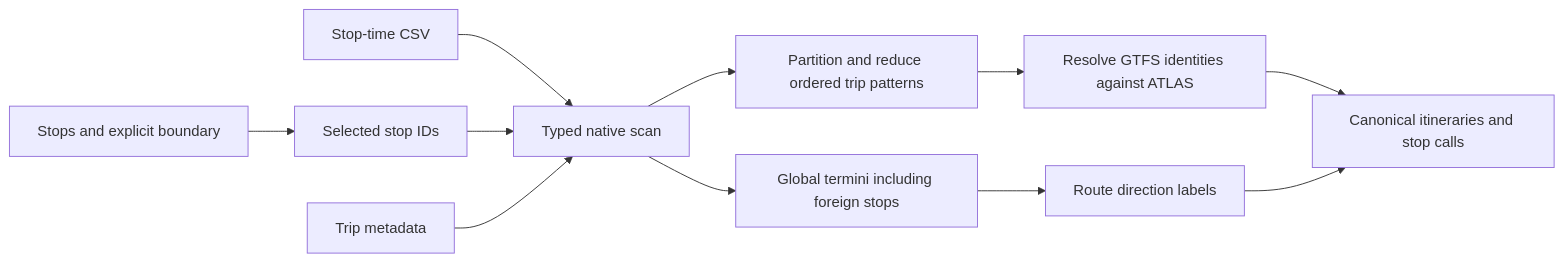
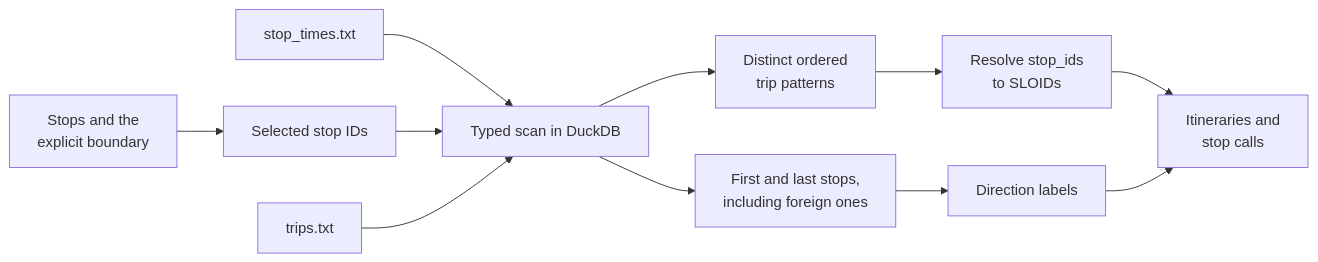
One commit to openTdataCH/osm-public-transport-matcher changed the second of 2 diagrams in documentation/1.2 GTFS ATLAS data.md. Above: the diagram before and after it, drawn with Mermaid. The commit also changed other lines of this file and 31 other files, not shown here.

````diff
--- a/documentation/1.2 GTFS ATLAS data.md
+++ b/documentation/1.2 GTFS ATLAS data.md
@@ -94,13 +61,13 @@
 ```mermaid
 flowchart LR
-    Stops[Stops and explicit boundary] --> Selected[Selected stop IDs]
-    Times[Stop-time CSV] --> Native[Typed native scan]
+    Stops["Stops and the<br/>explicit boundary"] --> Selected["Selected stop IDs"]
+    Times["stop_times.txt"] --> Native["Typed scan in DuckDB"]
     Selected --> Native
-    Trips[Trip metadata] --> Native
-    Native --> Endpoints[Global termini including foreign stops]
-    Native --> Patterns[Partition and reduce ordered trip patterns]
-    Patterns --> Identity[Resolve GTFS identities against ATLAS]
-    Endpoints --> Directions[Route direction labels]
-    Identity --> Calls[Canonical itineraries and stop calls]
+    Trips["trips.txt"] --> Native
+    Native --> Ends["First and last stops,<br/>including foreign ones"]
+    Native --> Patterns["Distinct ordered<br/>trip patterns"]
+    Patterns --> Identity["Resolve stop_ids<br/>to SLOIDs"]
+    Ends --> Directions["Direction labels"]
+    Identity --> Calls["Itineraries and<br/>stop calls"]
     Directions --> Calls
 ```
````
